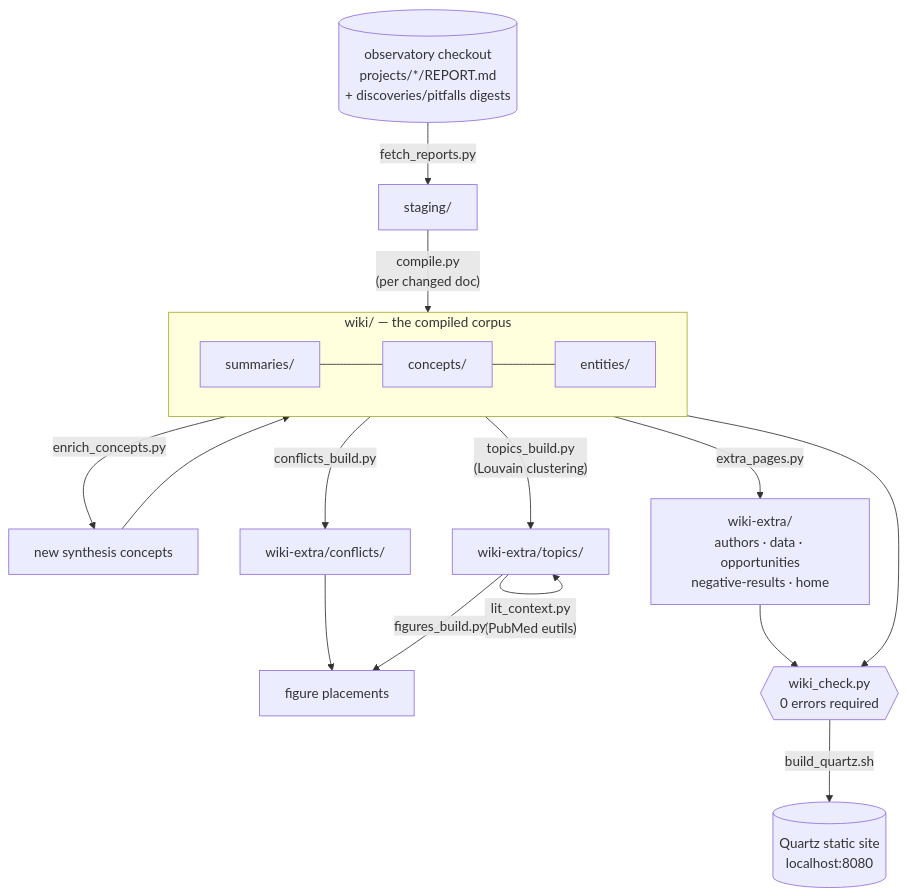
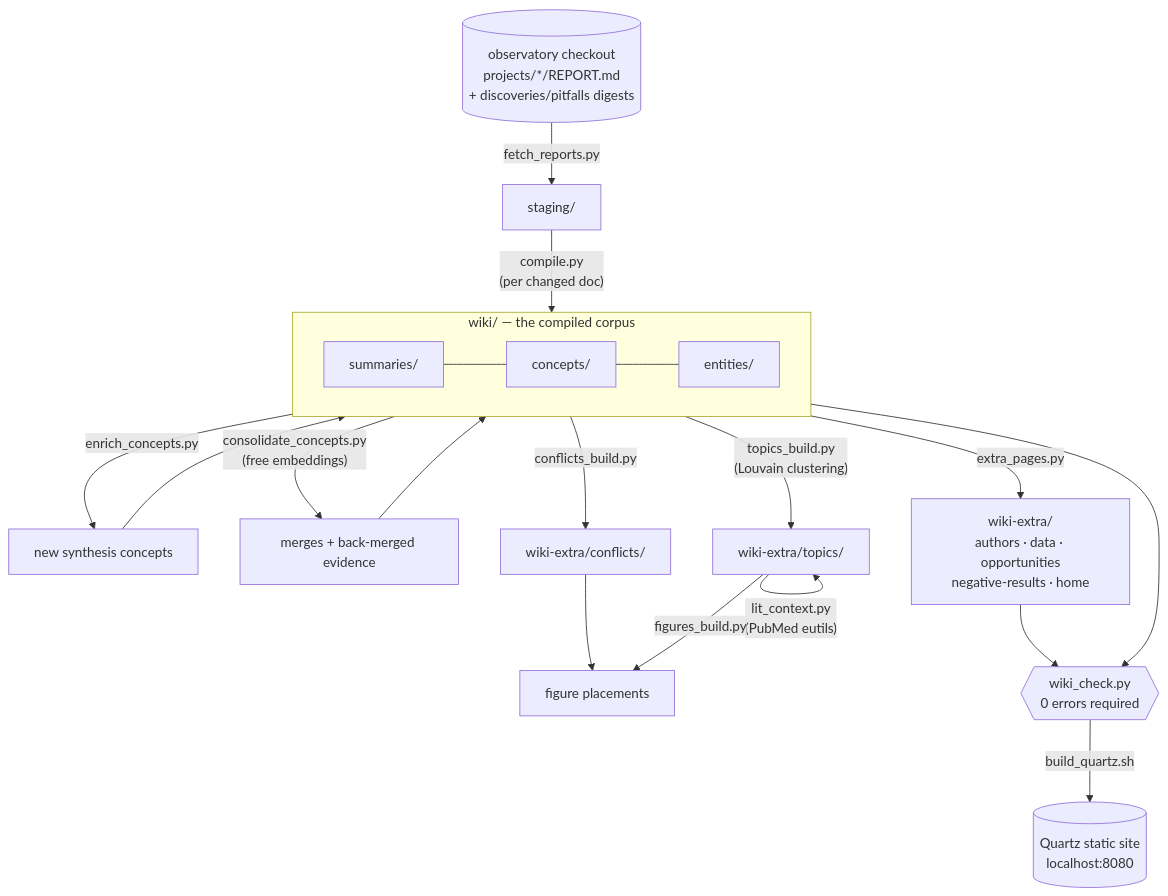
One commit to beril-doe/beril-wiki changed the first of 2 diagrams in docs/pipeline.md. Above: the diagram before and after it, drawn with Mermaid. The commit also changed other lines of this file and 113 other files, not shown here.

````diff
--- a/docs/pipeline.md
+++ b/docs/pipeline.md
@@ -9,25 +9,28 @@
 ```mermaid
 flowchart TD
     OBS[("observatory checkout<br/>projects/*/REPORT.md<br/>+ discoveries/pitfalls digests")]
     OBS -->|fetch_reports.py| STG[staging/]
 
     STG -->|"compile.py<br/>(per changed doc)"| WIKI
 
     subgraph WIKI["wiki/ — the compiled corpus"]
         SUM[summaries/] --- CON[concepts/] --- ENT[entities/]
     end
 
     WIKI -->|enrich_concepts.py| CON2[new synthesis concepts]
     CON2 --> WIKI
 
+    WIKI -->|"consolidate_concepts.py<br/>(free embeddings)"| CON3[merges + back-merged evidence]
+    CON3 --> WIKI
+
     WIKI -->|conflicts_build.py| CFL[wiki-extra/conflicts/]
     WIKI -->|"topics_build.py<br/>(Louvain clustering)"| HUB[wiki-extra/topics/]
     HUB -->|"lit_context.py<br/>(PubMed eutils)"| HUB
     CFL --> FIG
     HUB -->|figures_build.py| FIG[figure placements]
     WIKI -->|extra_pages.py| XTR["wiki-extra/<br/>authors · data · opportunities<br/>negative-results · home"]
 
     WIKI --> CHK{{"wiki_check.py<br/>0 errors required"}}
     XTR --> CHK
     CHK -->|build_quartz.sh| SITE[("Quartz static site<br/>localhost:8080")]
 ```
````
